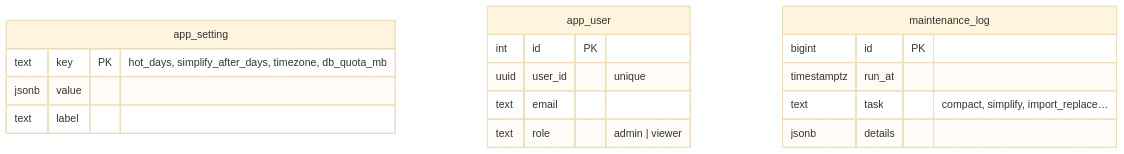
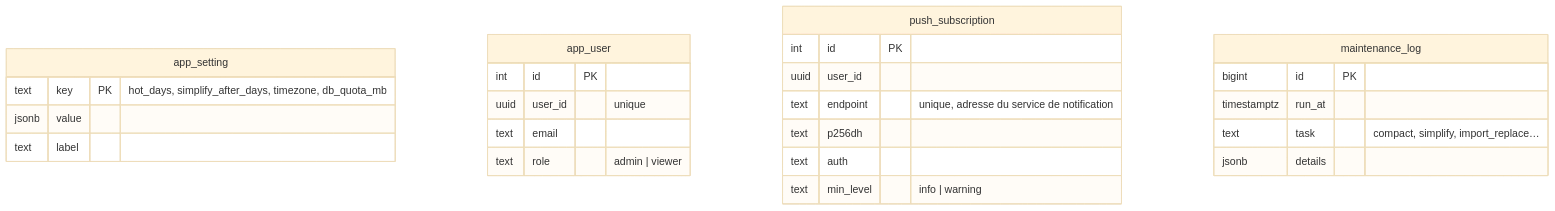
The third of 3 diagrams in docs/modele-donnees.md (nicolo73/MobAlPlus), drawn with Mermaid (base theme) before and after one commit. The commit also changed other lines of this file and 62 other files, not shown here.

````diff
--- a/docs/modele-donnees.md
+++ b/docs/modele-donnees.md
@@ -171,20 +200,28 @@
 ```mermaid
 erDiagram
   app_setting {
     text key PK "hot_days, simplify_after_days, timezone, db_quota_mb"
     jsonb value
     text label
   }
   app_user {
     int id PK
     uuid user_id "unique"
     text email
     text role "admin | viewer"
   }
+  push_subscription {
+    int id PK
+    uuid user_id
+    text endpoint "unique, adresse du service de notification"
+    text p256dh
+    text auth
+    text min_level "info | warning"
+  }
   maintenance_log {
     bigint id PK
     timestamptz run_at
     text task "compact, simplify, import_replace…"
     jsonb details
   }
 ```
````
